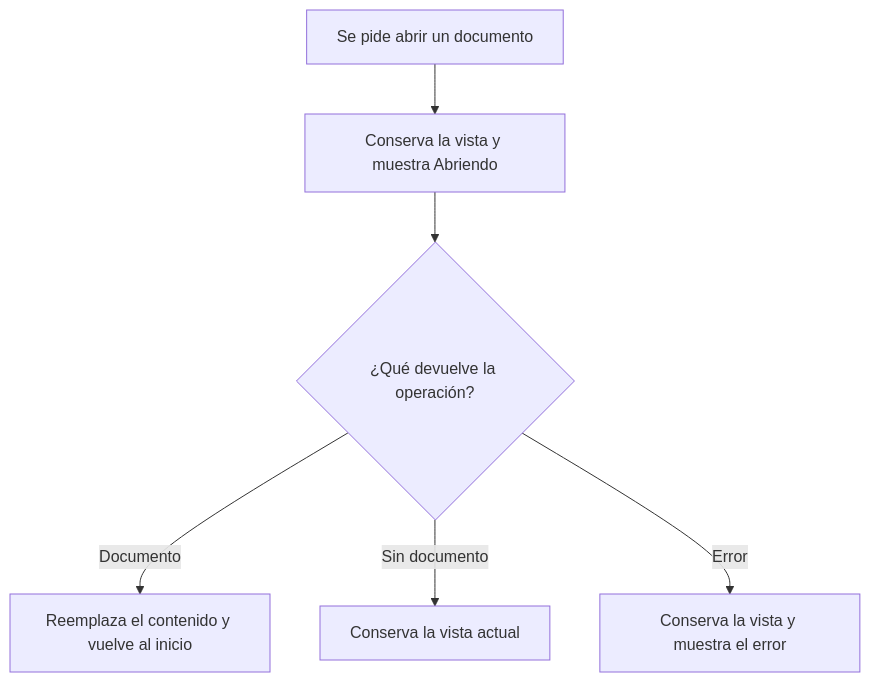
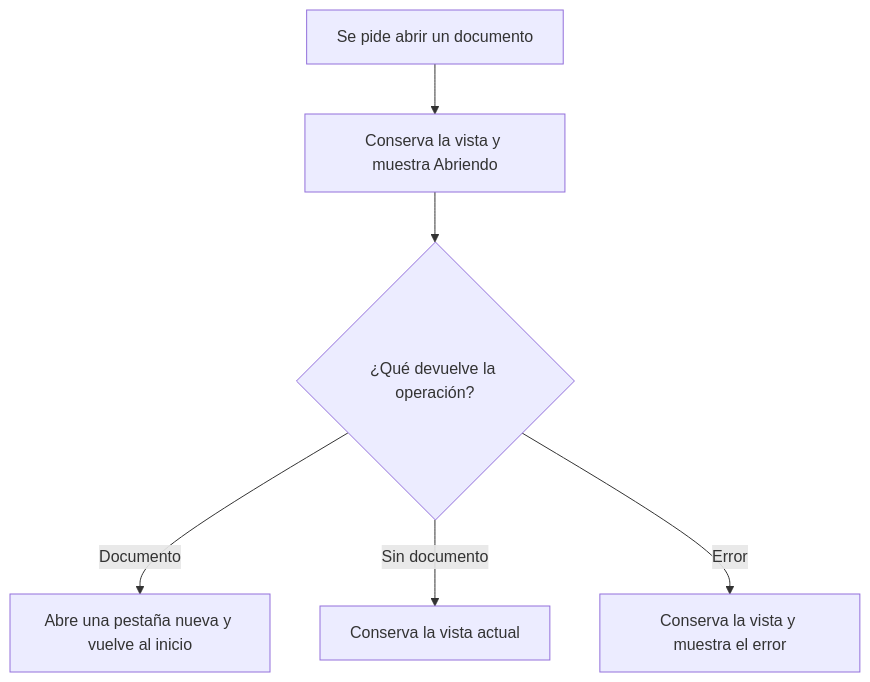
One commit to JorgeAgar/markdown-viewer changed the second of 2 diagrams in docs/interfaz.md. Above: the diagram before and after it, drawn with Mermaid. The commit also changed other lines of this file and 15 other files, not shown here.

````diff
--- a/docs/interfaz.md
+++ b/docs/interfaz.md
@@ -78,8 +80,8 @@
 ```mermaid
 flowchart TD
     Peticion["Se pide abrir un documento"] --> Espera["Conserva la vista y muestra Abriendo"]
     Espera --> Resultado{"¿Qué devuelve la operación?"}
-    Resultado -->|"Documento"| Mostrar["Reemplaza el contenido y vuelve al inicio"]
+    Resultado -->|"Documento"| Mostrar["Abre una pestaña nueva y vuelve al inicio"]
     Resultado -->|"Sin documento"| Conservar["Conserva la vista actual"]
     Resultado -->|"Error"| Error["Conserva la vista y muestra el error"]
 ```
````
